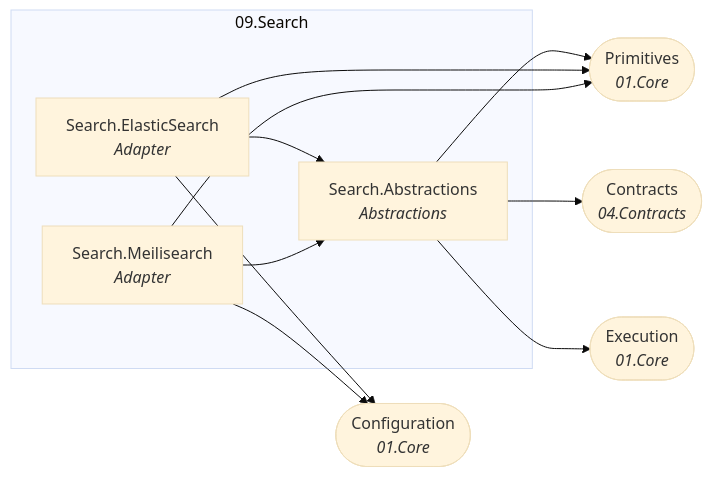
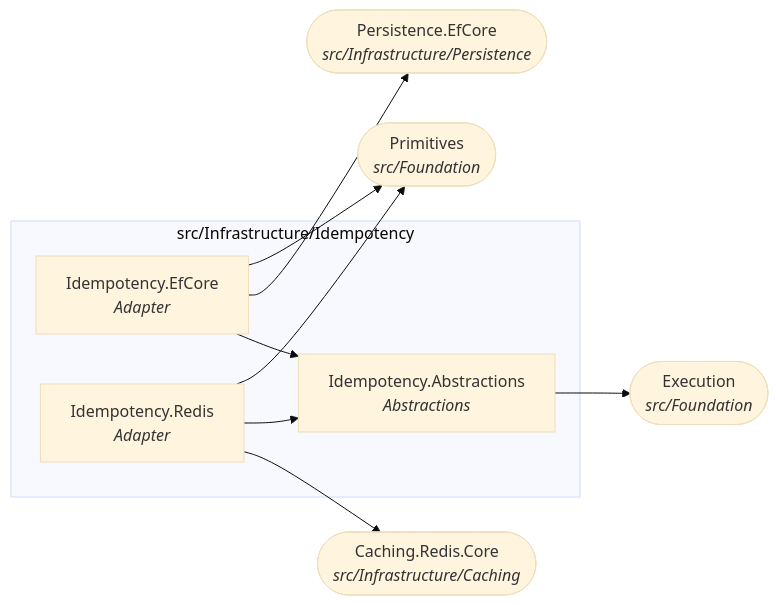
One commit to Gresta-Vertex-Labs/platform-shared-kernel changed the tenth of 22 diagrams in docs/dependency-graph.md. Above: the diagram before and after it, drawn with Mermaid (base theme). The commit also changed other lines of this file and 4053 other files, not shown here.

````diff
--- a/docs/dependency-graph.md
+++ b/docs/dependency-graph.md
@@ -334,21 +361,19 @@
 ```mermaid
 flowchart LR
-  subgraph folder_09_Search["09.Search"]
-    SharedKernel_Search_Abstractions["Search.Abstractions<br/><i>Abstractions</i>"]
-    SharedKernel_Search_ElasticSearch["Search.ElasticSearch<br/><i>Adapter</i>"]
-    SharedKernel_Search_Meilisearch["Search.Meilisearch<br/><i>Adapter</i>"]
+  subgraph folder_src_Infrastructure_Idempotency["src/Infrastructure/Idempotency"]
+    SharedKernel_Idempotency_Abstractions["Idempotency.Abstractions<br/><i>Abstractions</i>"]
+    SharedKernel_Idempotency_EfCore["Idempotency.EfCore<br/><i>Adapter</i>"]
+    SharedKernel_Idempotency_Redis["Idempotency.Redis<br/><i>Adapter</i>"]
   end
-  SharedKernel_Configuration(["Configuration<br/><i>01.Core</i>"])
-  SharedKernel_Contracts(["Contracts<br/><i>04.Contracts</i>"])
-  SharedKernel_Execution(["Execution<br/><i>01.Core</i>"])
-  SharedKernel_Primitives(["Primitives<br/><i>01.Core</i>"])
-  SharedKernel_Search_Abstractions --> SharedKernel_Contracts
-  SharedKernel_Search_Abstractions --> SharedKernel_Execution
-  SharedKernel_Search_Abstractions --> SharedKernel_Primitives
-  SharedKernel_Search_ElasticSearch --> SharedKernel_Configuration
-  SharedKernel_Search_ElasticSearch --> SharedKernel_Primitives
-  SharedKernel_Search_ElasticSearch --> SharedKernel_Search_Abstractions
-  SharedKernel_Search_Meilisearch --> SharedKernel_Configuration
-  SharedKernel_Search_Meilisearch --> SharedKernel_Primitives
-  SharedKernel_Search_Meilisearch --> SharedKernel_Search_Abstractions
+  SharedKernel_Caching_Redis_Core(["Caching.Redis.Core<br/><i>src/Infrastructure/Caching</i>"])
+  SharedKernel_Execution(["Execution<br/><i>src/Foundation</i>"])
+  SharedKernel_Persistence_EfCore(["Persistence.EfCore<br/><i>src/Infrastructure/Persistence</i>"])
+  SharedKernel_Primitives(["Primitives<br/><i>src/Foundation</i>"])
+  SharedKernel_Idempotency_Abstractions --> SharedKernel_Execution
+  SharedKernel_Idempotency_EfCore --> SharedKernel_Idempotency_Abstractions
+  SharedKernel_Idempotency_EfCore --> SharedKernel_Persistence_EfCore
+  SharedKernel_Idempotency_EfCore --> SharedKernel_Primitives
+  SharedKernel_Idempotency_Redis --> SharedKernel_Caching_Redis_Core
+  SharedKernel_Idempotency_Redis --> SharedKernel_Idempotency_Abstractions
+  SharedKernel_Idempotency_Redis --> SharedKernel_Primitives
 ```
````
